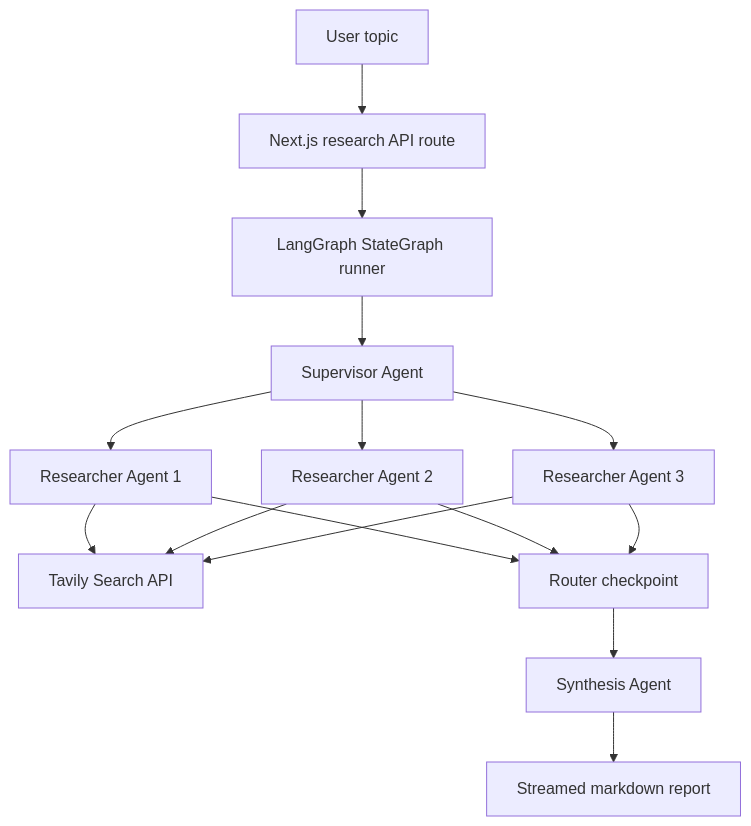
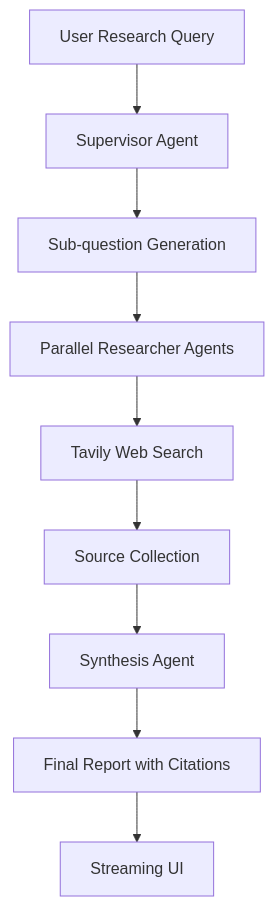
The diagram in README.md (MPoornaChandu/multi-agent-research-assistant), drawn with Mermaid before and after one commit. The commit also changed other lines of this file and 9 other files, not shown here.

````diff
--- a/README.md
+++ b/README.md
@@ -13,17 +51,11 @@
 ```mermaid
 flowchart TD
-  A["User topic"] --> B["Next.js research API route"]
-  B --> C["LangGraph StateGraph runner"]
-  C --> D["Supervisor Agent"]
-  D --> E1["Researcher Agent 1"]
-  D --> E2["Researcher Agent 2"]
-  D --> E3["Researcher Agent 3"]
-  E1 --> F["Tavily Search API"]
-  E2 --> F
-  E3 --> F
-  E1 --> G["Router checkpoint"]
-  E2 --> G
-  E3 --> G
-  G --> H["Synthesis Agent"]
-  H --> I["Streamed markdown report"]
+  A["User Research Query"] --> B["Supervisor Agent"]
+  B --> C["Sub-question Generation"]
+  C --> D["Parallel Researcher Agents"]
+  D --> E["Tavily Web Search"]
+  E --> F["Source Collection"]
+  F --> G["Synthesis Agent"]
+  G --> H["Final Report with Citations"]
+  H --> I["Streaming UI"]
 ```
````
